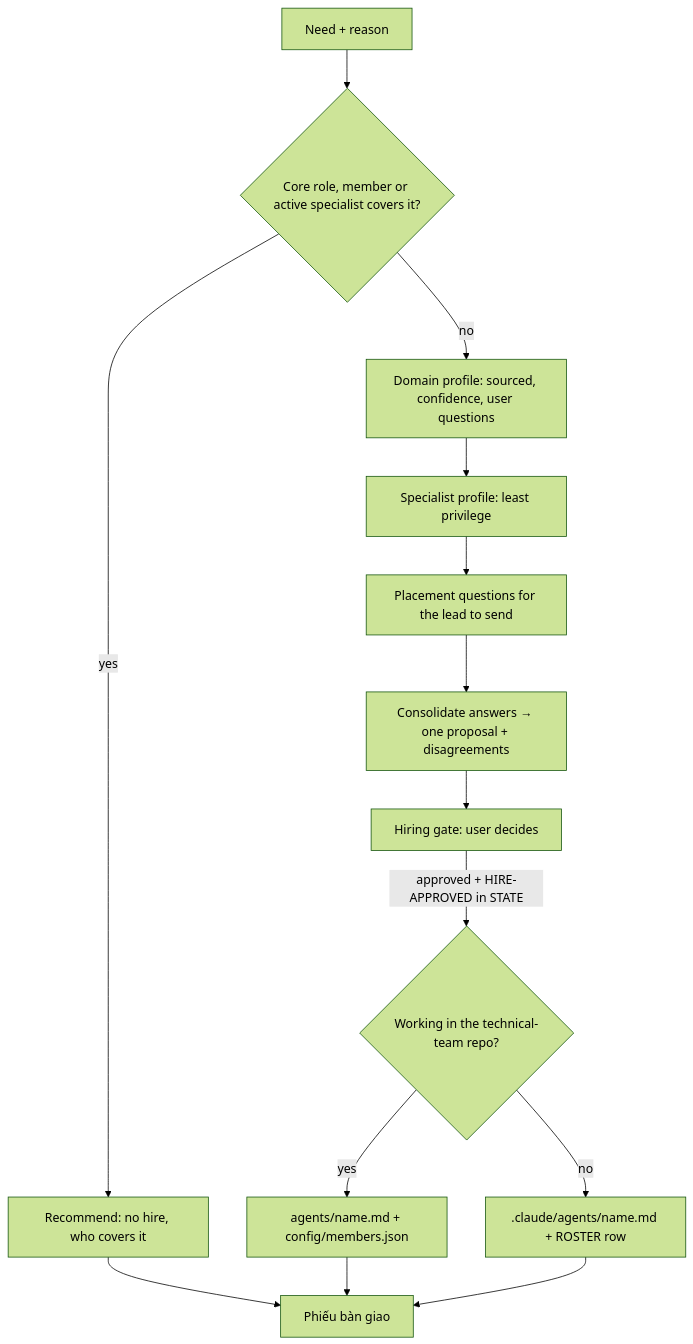
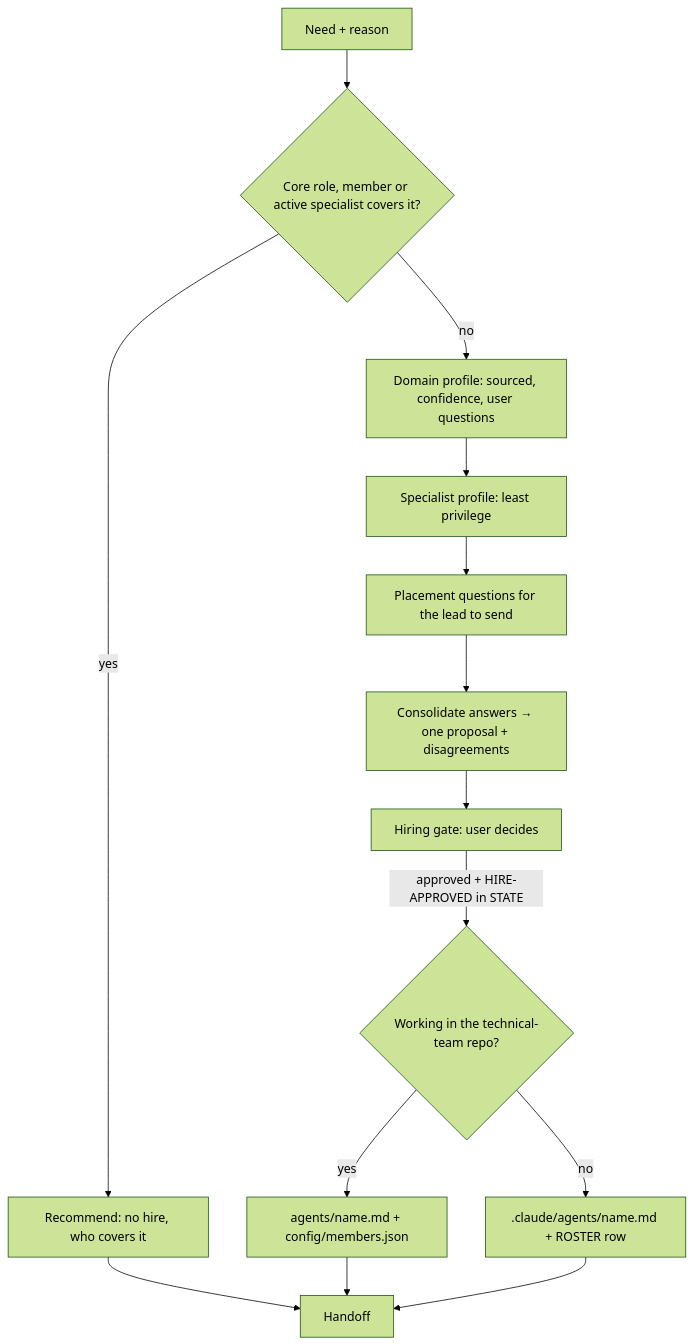
One commit to Tuan-Quyen/technical-teams changed the diagram in agents/hr.md. Above: the diagram before and after it, drawn with Mermaid (forest theme). The commit also changed other lines of this file and 37 other files, not shown here.

````diff
--- a/agents/hr.md
+++ b/agents/hr.md
@@ -23,16 +23,16 @@
 ```mermaid
 flowchart TD
   A[Need + reason] --> B{Core role, member or active specialist covers it?}
   B -- yes --> N[Recommend: no hire, who covers it]
   B -- no --> C[Domain profile: sourced, confidence, user questions]
   C --> D[Specialist profile: least privilege]
   D --> E[Placement questions for the lead to send]
   E --> F[Consolidate answers → one proposal + disagreements]
   F --> G[Hiring gate: user decides]
   G -- approved + HIRE-APPROVED in STATE --> H{Working in the technical-team repo?}
   H -- yes --> I[agents/name.md + config/members.json]
   H -- no --> J[.claude/agents/name.md + ROSTER row]
-  N --> Z[Phiếu bàn giao]
+  N --> Z[Handoff]
   I --> Z
   J --> Z
 ```
````
